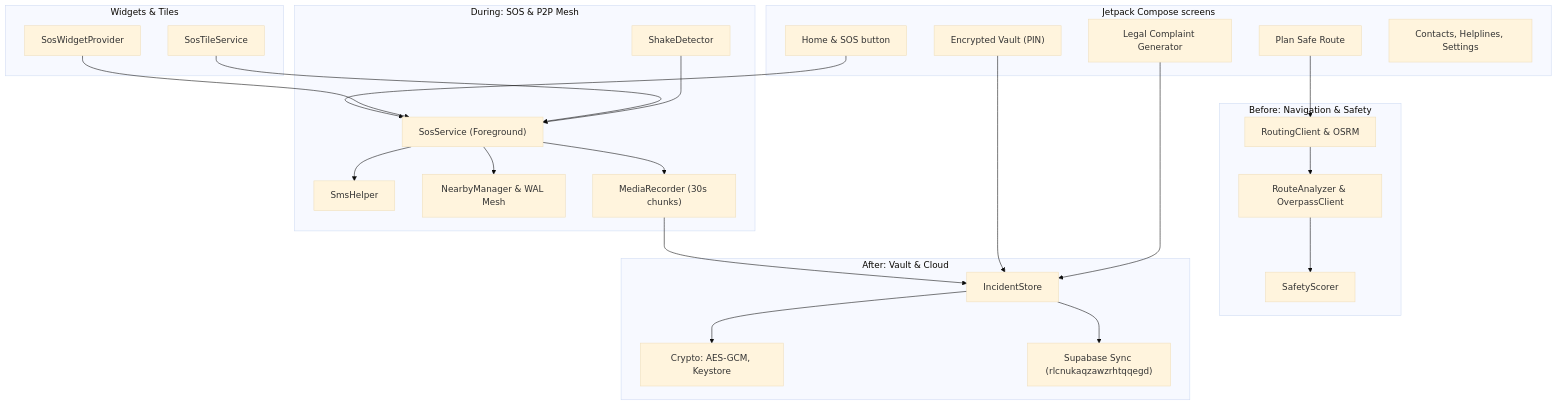
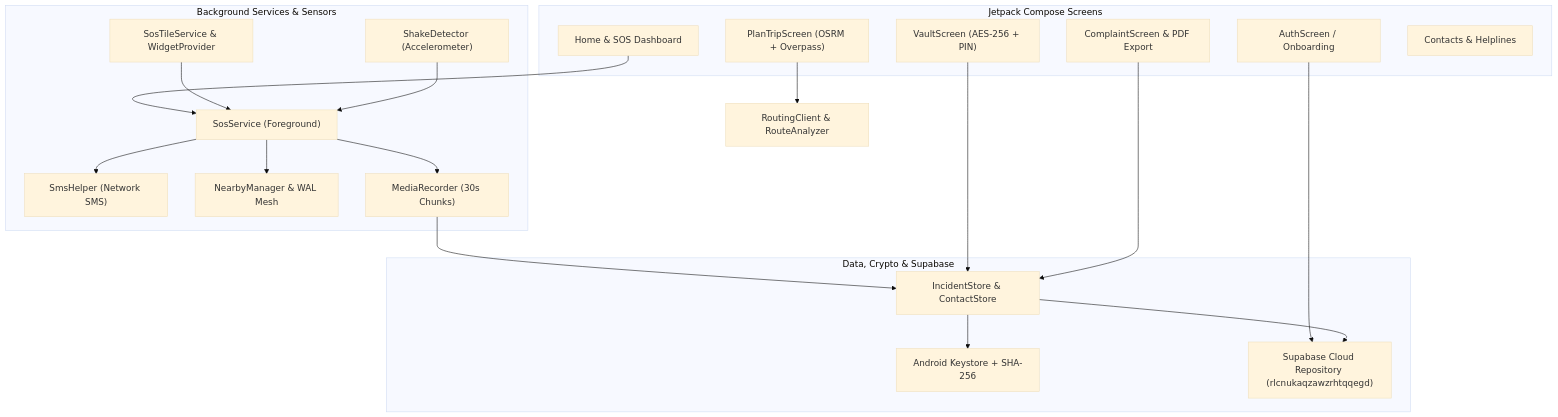
Before and after one commit to khushighumre/sheshield: the diagram in README.md, drawn with Mermaid (base theme). The commit also changed other lines of this file, not shown here.

````diff
--- a/README.md
+++ b/README.md
@@ -65,48 +47,39 @@
 ```mermaid
 flowchart TB
-    subgraph UI["Jetpack Compose screens"]
-        Home["Home & SOS button"]
-        Plan["Plan Safe Route"]
-        Vault["Encrypted Vault (PIN)"]
-        Complaint["Legal Complaint Generator"]
-        Other["Contacts, Helplines, Settings"]
+    subgraph UI["Jetpack Compose Screens"]
+        Auth["AuthScreen / Onboarding"]
+        Home["Home & SOS Dashboard"]
+        Plan["PlanTripScreen (OSRM + Overpass)"]
+        Vault["VaultScreen (AES-256 + PIN)"]
+        Complaint["ComplaintScreen & PDF Export"]
+        Contacts["Contacts & Helplines"]
     end
 
-    subgraph Before["Before: Navigation & Safety"]
-        Routing["RoutingClient & OSRM"]
-        Analyzer["RouteAnalyzer & OverpassClient"]
-        Scorer["SafetyScorer"]
+    subgraph CoreServices["Background Services & Sensors"]
+        Service["SosService (Foreground)"]
+        Shake["ShakeDetector (Accelerometer)"]
+        Sms["SmsHelper (Network SMS)"]
+        P2P["NearbyManager & WAL Mesh"]
+        Rec["MediaRecorder (30s Chunks)"]
+        Tile["SosTileService & WidgetProvider"]
     end
 
-    subgraph During["During: SOS & P2P Mesh"]
-        Shake["ShakeDetector"]
-        Service["SosService (Foreground)"]
-        Sms["SmsHelper"]
-        P2P["NearbyManager & WAL Mesh"]
-        Rec["MediaRecorder (30s chunks)"]
+    subgraph DataCloud["Data, Crypto & Supabase"]
+        Incidents["IncidentStore & ContactStore"]
+        Crypto["Android Keystore + SHA-256"]
+        Supabase["Supabase Cloud Repository (rlcnukaqzawzrhtqqegd)"]
     end
 
-    subgraph After["After: Vault & Cloud"]
-        Incidents["IncidentStore"]
-        Crypto["Crypto: AES-GCM, Keystore"]
-        Cloud["Supabase Sync (rlcnukaqzawzrhtqqegd)"]
-    end
-
-    subgraph Widgets["Widgets & Tiles"]
-        Widget["SosWidgetProvider"]
-        Tile["SosTileService"]
-    end
-
-    Plan --> Routing --> Analyzer --> Scorer
+    Auth --> Supabase
     Home --> Service
-    Widget --> Service
     Tile --> Service
     Shake --> Service
+    Plan --> RoutingClient["RoutingClient & RouteAnalyzer"]
     Service --> Sms
     Service --> P2P
     Service --> Rec --> Incidents
     Incidents --> Crypto
-    Incidents --> Cloud
+    Incidents --> Supabase
     Vault --> Incidents
     Complaint --> Incidents
 ```
````
